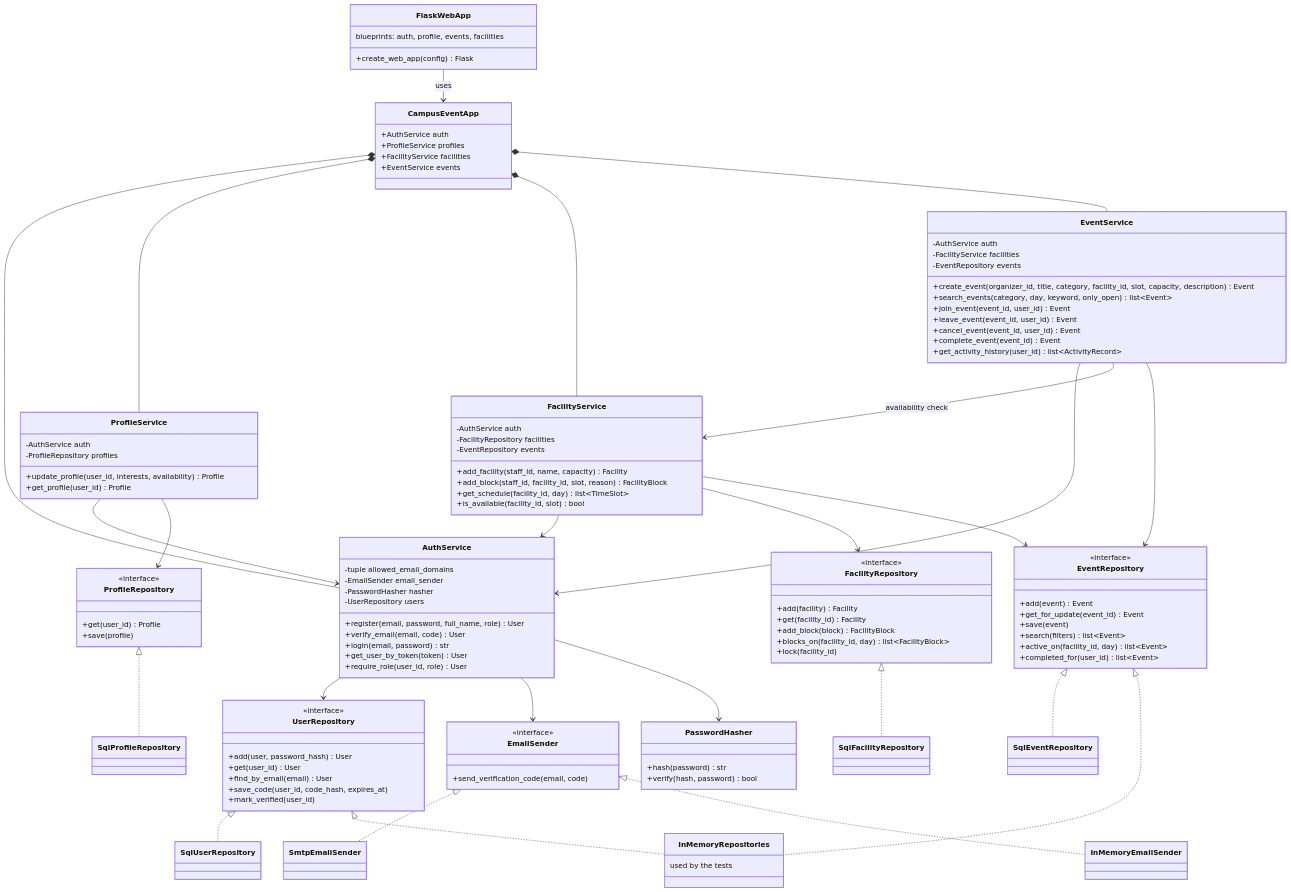
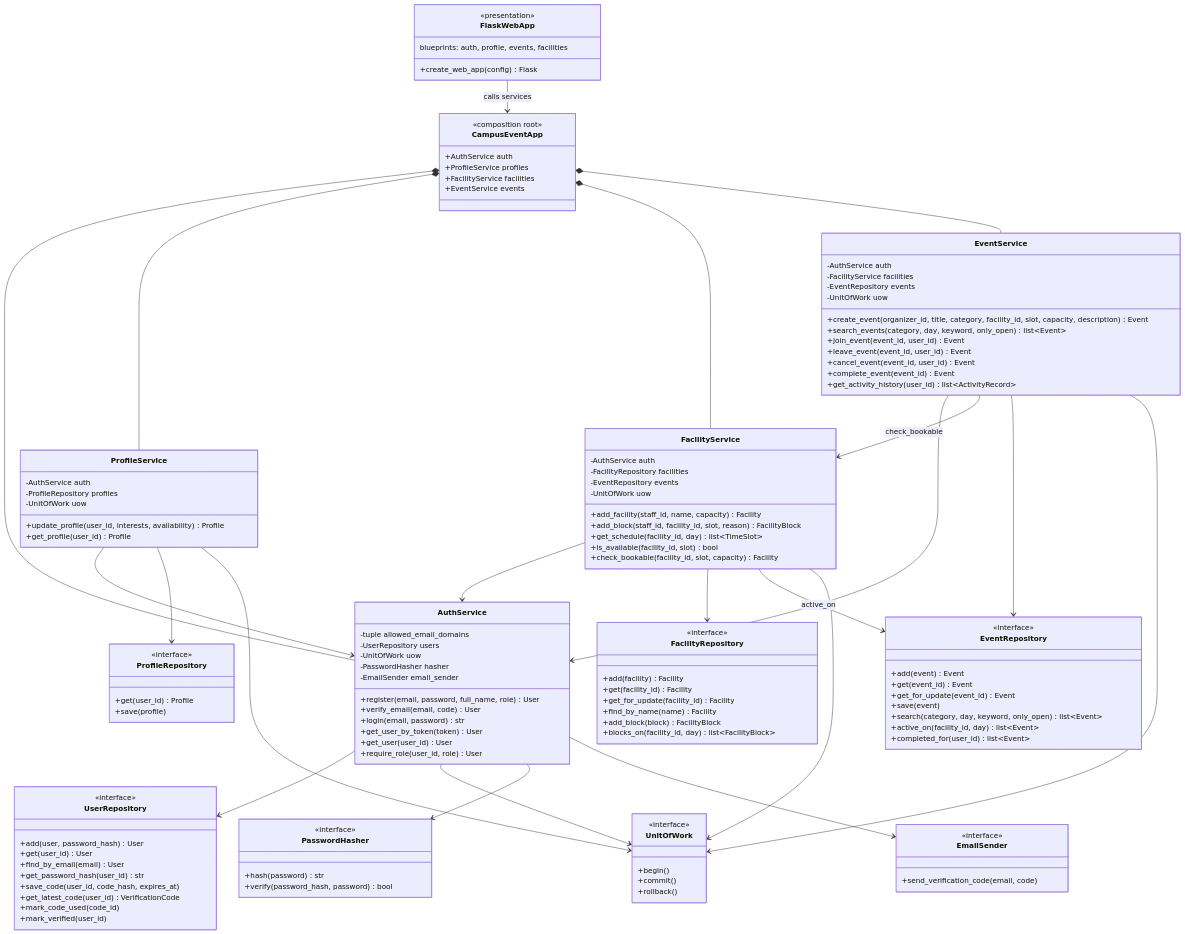
Before and after one commit to emir-heval-arda-harun/CMPE-331-project: the diagram in docs/design/class/service_layer.mmd, drawn with Mermaid. The commit also changed 31 other files, not shown here.

First line of the commit message:
Address design review: labelled interfaces, strict layering, consistent diagrams

```diff
--- a/docs/design/class/service_layer.mmd
+++ b/docs/design/class/service_layer.mmd
@@ -1,122 +1,129 @@
 classDiagram
     direction TB
+    class FlaskWebApp {
+        <<presentation>>
+        +create_web_app(config) Flask
+        blueprints: auth, profile, events, facilities
+    }
+    class CampusEventApp {
+        <<composition root>>
+        +AuthService auth
+        +ProfileService profiles
+        +FacilityService facilities
+        +EventService events
+    }
     class AuthService {
         -tuple allowed_email_domains
+        -UserRepository users
+        -UnitOfWork uow
+        -PasswordHasher hasher
         -EmailSender email_sender
-        -PasswordHasher hasher
-        -UserRepository users
         +register(email, password, full_name, role) User
         +verify_email(email, code) User
         +login(email, password) str
         +get_user_by_token(token) User
+        +get_user(user_id) User
         +require_role(user_id, role) User
     }
     class ProfileService {
         -AuthService auth
         -ProfileRepository profiles
+        -UnitOfWork uow
         +update_profile(user_id, interests, availability) Profile
         +get_profile(user_id) Profile
     }
     class FacilityService {
         -AuthService auth
         -FacilityRepository facilities
         -EventRepository events
+        -UnitOfWork uow
         +add_facility(staff_id, name, capacity) Facility
         +add_block(staff_id, facility_id, slot, reason) FacilityBlock
         +get_schedule(facility_id, day) list~TimeSlot~
         +is_available(facility_id, slot) bool
+        +check_bookable(facility_id, slot, capacity) Facility
     }
     class EventService {
         -AuthService auth
         -FacilityService facilities
         -EventRepository events
+        -UnitOfWork uow
         +create_event(organizer_id, title, category, facility_id, slot, capacity, description) Event
         +search_events(category, day, keyword, only_open) list~Event~
         +join_event(event_id, user_id) Event
         +leave_event(event_id, user_id) Event
         +cancel_event(event_id, user_id) Event
         +complete_event(event_id) Event
         +get_activity_history(user_id) list~ActivityRecord~
     }
     class UserRepository {
         <<interface>>
         +add(user, password_hash) User
         +get(user_id) User
         +find_by_email(email) User
+        +get_password_hash(user_id) str
         +save_code(user_id, code_hash, expires_at)
+        +get_latest_code(user_id) VerificationCode
+        +mark_code_used(code_id)
         +mark_verified(user_id)
     }
     class ProfileRepository {
         <<interface>>
         +get(user_id) Profile
         +save(profile)
     }
     class FacilityRepository {
         <<interface>>
         +add(facility) Facility
         +get(facility_id) Facility
+        +get_for_update(facility_id) Facility
+        +find_by_name(name) Facility
         +add_block(block) FacilityBlock
         +blocks_on(facility_id, day) list~FacilityBlock~
-        +lock(facility_id)
     }
     class EventRepository {
         <<interface>>
         +add(event) Event
+        +get(event_id) Event
         +get_for_update(event_id) Event
         +save(event)
-        +search(filters) list~Event~
+        +search(category, day, keyword, only_open) list~Event~
         +active_on(facility_id, day) list~Event~
         +completed_for(user_id) list~Event~
     }
-    class SqlUserRepository
-    class SqlProfileRepository
-    class SqlFacilityRepository
-    class SqlEventRepository
-    class InMemoryRepositories {
-        used by the tests
+    class UnitOfWork {
+        <<interface>>
+        +begin()
+        +commit()
+        +rollback()
+    }
+    class PasswordHasher {
+        <<interface>>
+        +hash(password) str
+        +verify(password_hash, password) bool
     }
     class EmailSender {
         <<interface>>
         +send_verification_code(email, code)
     }
-    class SmtpEmailSender
-    class InMemoryEmailSender
-    class PasswordHasher {
-        +hash(password) str
-        +verify(hash, password) bool
-    }
-    class CampusEventApp {
-        +AuthService auth
-        +ProfileService profiles
-        +FacilityService facilities
-        +EventService events
-    }
-    class FlaskWebApp {
-        +create_web_app(config) Flask
-        blueprints: auth, profile, events, facilities
-    }
 
-    FlaskWebApp --> CampusEventApp : uses
+    FlaskWebApp --> CampusEventApp : calls services
     CampusEventApp *-- AuthService
     CampusEventApp *-- ProfileService
     CampusEventApp *-- FacilityService
     CampusEventApp *-- EventService
     ProfileService --> AuthService
     FacilityService --> AuthService
     EventService --> AuthService
-    EventService --> FacilityService : availability check
+    EventService --> FacilityService : check_bookable
     AuthService --> UserRepository
+    AuthService --> UnitOfWork
+    AuthService --> PasswordHasher
     AuthService --> EmailSender
-    AuthService --> PasswordHasher
     ProfileService --> ProfileRepository
+    ProfileService --> UnitOfWork
     FacilityService --> FacilityRepository
-    FacilityService --> EventRepository
+    FacilityService --> EventRepository : active_on
+    FacilityService --> UnitOfWork
     EventService --> EventRepository
-    UserRepository <|.. SqlUserRepository
-    ProfileRepository <|.. SqlProfileRepository
-    FacilityRepository <|.. SqlFacilityRepository
-    EventRepository <|.. SqlEventRepository
-    UserRepository <|.. InMemoryRepositories
-    EventRepository <|.. InMemoryRepositories
-    EmailSender <|.. SmtpEmailSender
-    EmailSender <|.. InMemoryEmailSender
+    EventService --> UnitOfWork
```
